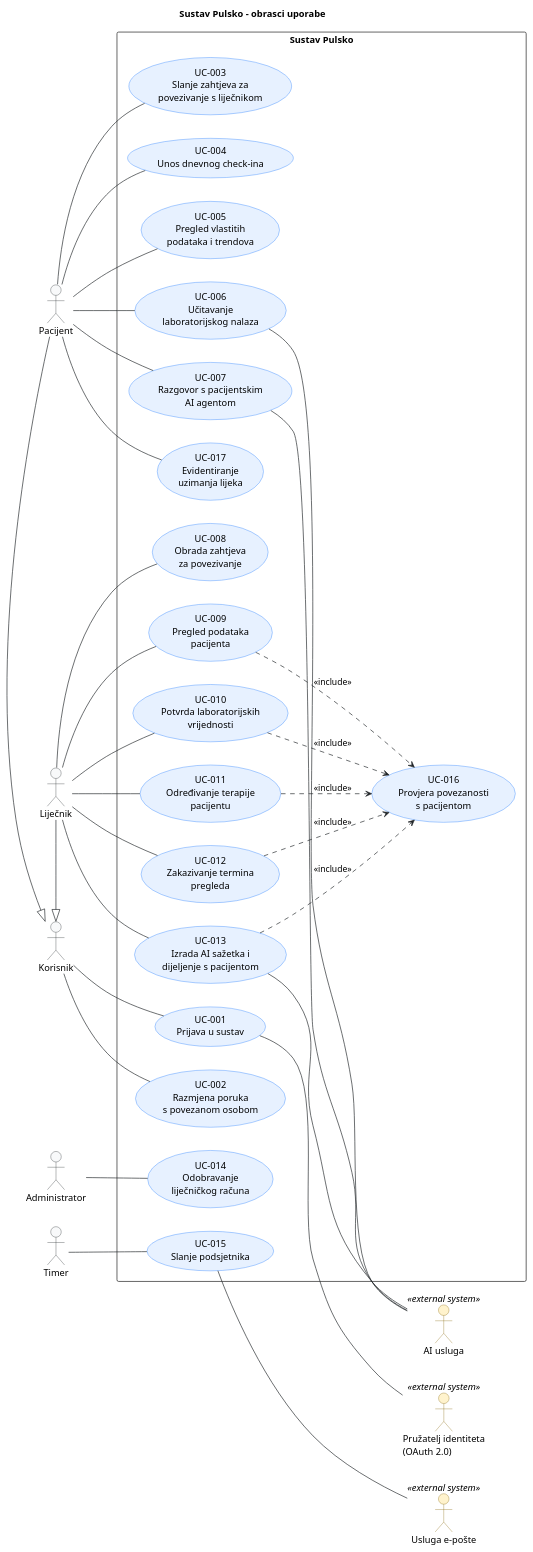
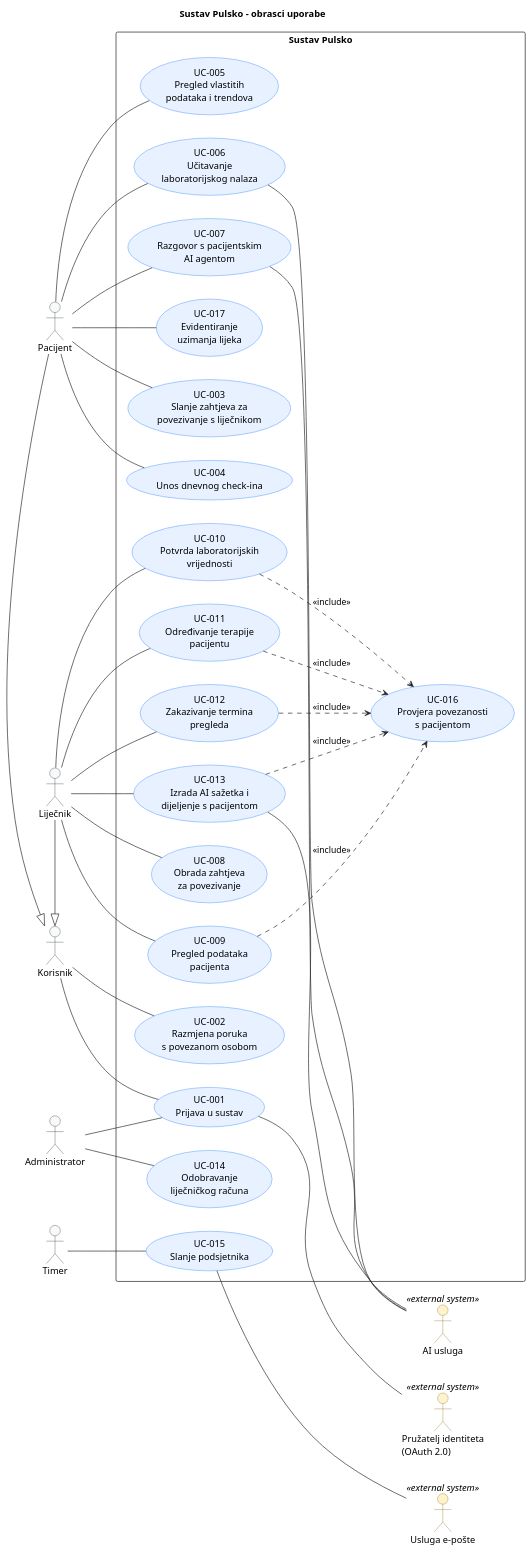
Before and after one commit to RokoCulin/PROINZ26-G04.2-Pulsko: the diagram in docs/puml/3-1-Pulsko-system-UC.puml, drawn with PlantUML. The commit also changed 3 other files, not shown here.

```diff
--- a/docs/puml/3-1-Pulsko-system-UC.puml
+++ b/docs/puml/3-1-Pulsko-system-UC.puml
@@ -17,123 +17,124 @@
 @startuml
 title Sustav Pulsko – obrasci uporabe
 left to right direction
 
 skinparam shadowing false
 skinparam defaultFontName Arial
 skinparam ArrowColor #212529
 
 skinparam actor {
     BackgroundColor #F8F9FA
     BorderColor #212529
     BackgroundColor<<external system>> #FFF3CD
     BorderColor<<external system>> #856404
 }
 
 skinparam usecase {
     BackgroundColor #E7F1FF
     BorderColor #0D6EFD
 }
 
 ' ==============================================================================
 ' Primarni akteri
 ' ==============================================================================
 
 actor User as "Korisnik"
 actor Patient as "Pacijent"
 actor Doctor as "Liječnik"
 actor Admin as "Administrator"
 actor Timer as "Timer"
 
 ' Pacijent i liječnik dijele prijavu i poruke preko nadaktera Korisnik.
 Patient -|> User
 Doctor -|> User
 
 ' ==============================================================================
 ' Sekundarni akteri (vanjski sustavi)
 ' ==============================================================================
 
 actor "Pružatelj identiteta\n(OAuth 2.0)" as IdP <<external system>>
 actor "AI usluga" as AI <<external system>>
 actor "Usluga e-pošte" as Email <<external system>>
 
 ' ==============================================================================
 ' Granica sustava
 ' ==============================================================================
 
 rectangle "Sustav Pulsko" as Pulsko {
 
     ' Zajedničko
     (UC-001\nPrijava u sustav) as UC_SignIn
     (UC-002\nRazmjena poruka\ns povezanom osobom) as UC_Messages
 
     ' Pacijent
     (UC-003\nSlanje zahtjeva za\npovezivanje s liječnikom) as UC_ConnectRequest
     (UC-004\nUnos dnevnog check-ina) as UC_CheckIn
     (UC-005\nPregled vlastitih\npodataka i trendova) as UC_Dashboard
     (UC-006\nUčitavanje\nlaboratorijskog nalaza) as UC_UploadLab
     (UC-007\nRazgovor s pacijentskim\nAI agentom) as UC_PatientAI
     (UC-017\nEvidentiranje\nuzimanja lijeka) as UC_DoseLog
 
     ' Liječnik
     (UC-008\nObrada zahtjeva\nza povezivanje) as UC_HandleRequest
     (UC-009\nPregled podataka\npacijenta) as UC_ViewPatient
     (UC-010\nPotvrda laboratorijskih\nvrijednosti) as UC_ConfirmLab
     (UC-011\nOdređivanje terapije\npacijentu) as UC_Therapy
     (UC-012\nZakazivanje termina\npregleda) as UC_Appointment
     (UC-013\nIzrada AI sažetka i\ndijeljenje s pacijentom) as UC_DoctorAI
     (UC-016\nProvjera povezanosti\ns pacijentom) as UC_CheckLink
 
     ' Administracija i vremenski okidači
     (UC-014\nOdobravanje\nliječničkog računa) as UC_ApproveDoctor
     (UC-015\nSlanje podsjetnika) as UC_Reminder
 }
 
 ' ==============================================================================
 ' Asocijacije aktera i obrazaca uporabe
 ' ==============================================================================
 
 User -- UC_SignIn
 User -- UC_Messages
+Admin -- UC_SignIn
 
 Patient -- UC_ConnectRequest
 Patient -- UC_CheckIn
 Patient -- UC_Dashboard
 Patient -- UC_UploadLab
 Patient -- UC_PatientAI
 Patient -- UC_DoseLog
 
 Doctor -- UC_HandleRequest
 Doctor -- UC_ViewPatient
 Doctor -- UC_ConfirmLab
 Doctor -- UC_Therapy
 Doctor -- UC_Appointment
 Doctor -- UC_DoctorAI
 
 Admin -- UC_ApproveDoctor
 Timer -- UC_Reminder
 
 ' ==============================================================================
 ' Veze između obrazaca uporabe
 ' ==============================================================================
 
 ' Liječnik smije raditi samo s pacijentom koji je prihvatio povezivanje;
 ' provjera se uvijek izvodi.
 UC_ViewPatient ..> UC_CheckLink : <<include>>
 UC_ConfirmLab ..> UC_CheckLink : <<include>>
 UC_Therapy ..> UC_CheckLink : <<include>>
 UC_Appointment ..> UC_CheckLink : <<include>>
 UC_DoctorAI ..> UC_CheckLink : <<include>>
 
 ' Prijava namjerno NIJE <<include>> ostalih obrazaca: korisnik je prijavljen
 ' prije njihova početka, pa je prijava preduvjet.
 
 ' ==============================================================================
 ' Interakcije sa sekundarnim akterima
 ' ==============================================================================
 
 UC_SignIn -- IdP
 UC_UploadLab -- AI
 UC_PatientAI -- AI
 UC_DoctorAI -- AI
 UC_Reminder -- Email
 @enduml
```
